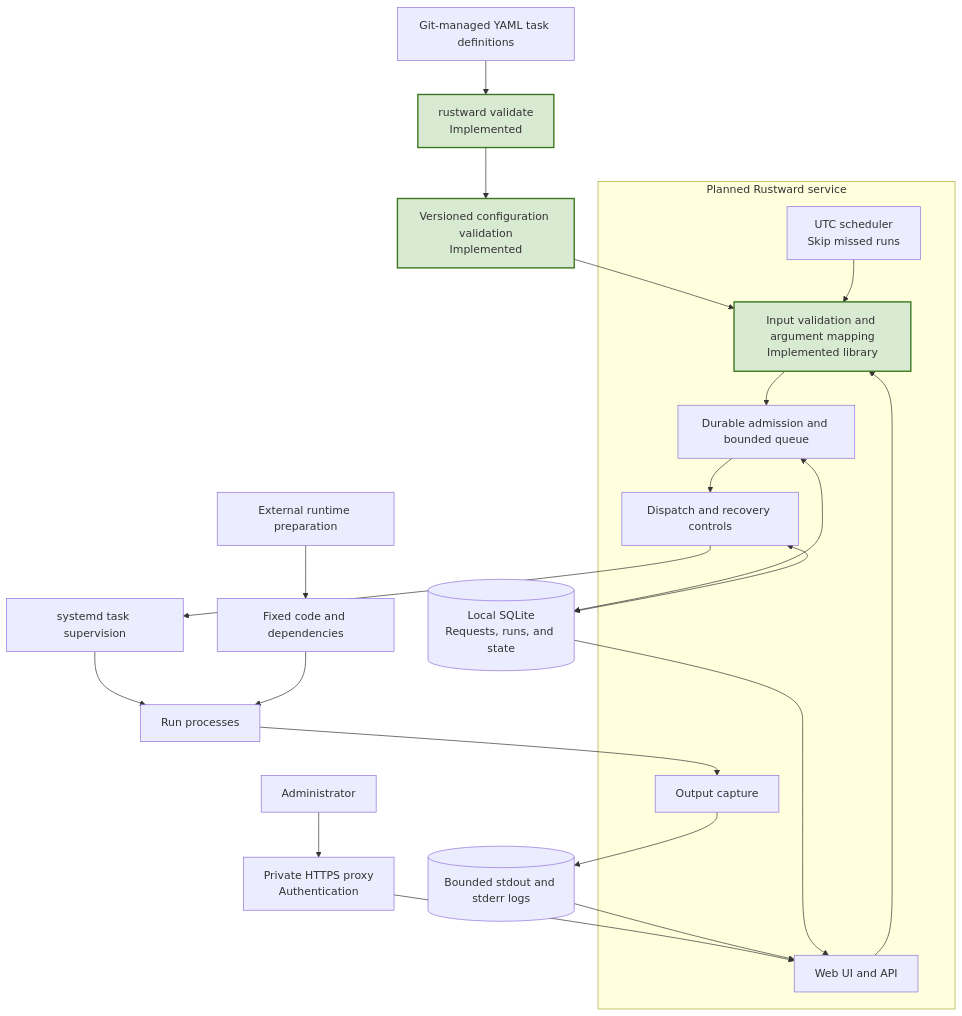
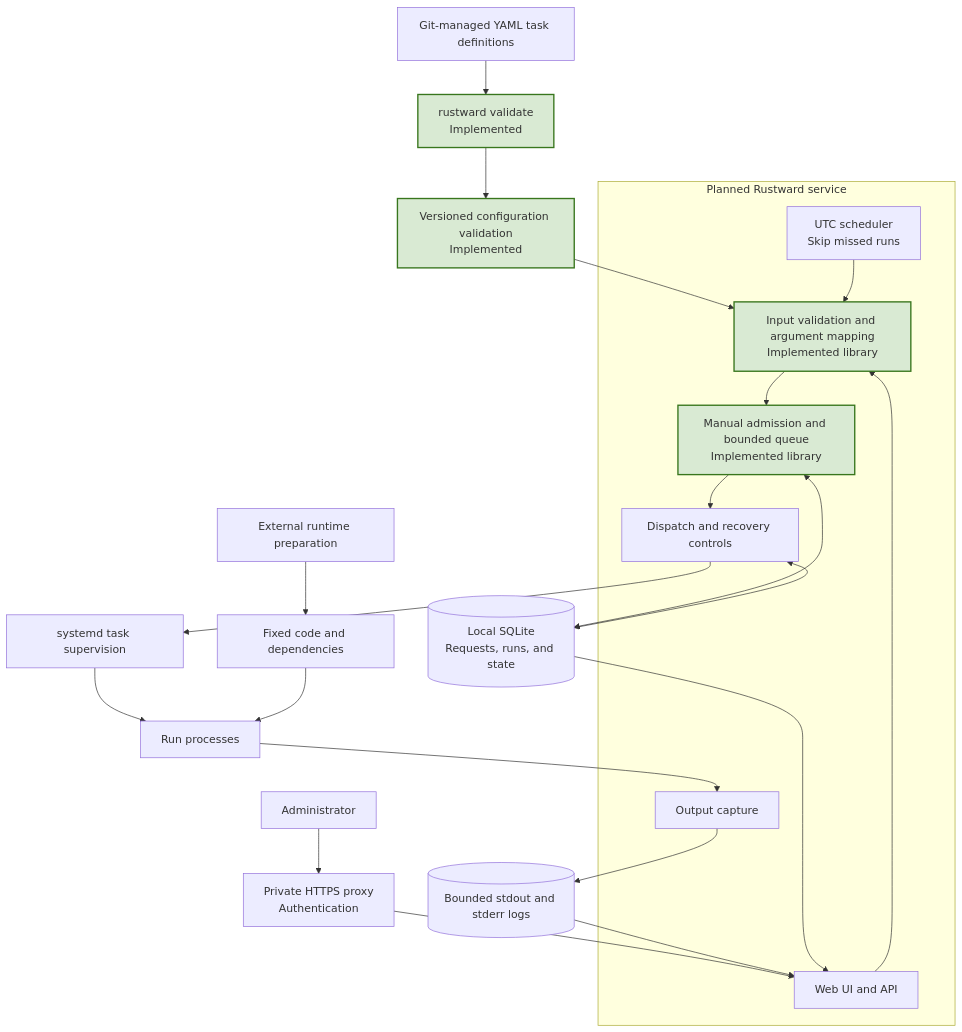
Before and after one commit to chrizpower/rustward: the diagram in docs/ARCHITECTURE.md, drawn with Mermaid. The commit also changed other lines of this file and 13 other files, not shown here.

Commit message:
feat: add durable manual request admission

````diff
--- a/docs/ARCHITECTURE.md
+++ b/docs/ARCHITECTURE.md
@@ -14,45 +14,45 @@
 ```mermaid
 flowchart TB
     Git["Git-managed YAML task definitions"]
     CLI["rustward validate<br/>Implemented"]
     Config["Versioned configuration validation<br/>Implemented"]
 
     Admin["Administrator"]
     Proxy["Private HTTPS proxy<br/>Authentication"]
 
     subgraph Service["Planned Rustward service"]
         UI["Web UI and API"]
         Cron["UTC scheduler<br/>Skip missed runs"]
         Inputs["Input validation and argument mapping<br/>Implemented library"]
-        Queue["Durable admission and bounded queue"]
+        Queue["Manual admission and bounded queue<br/>Implemented library"]
         Dispatch["Dispatch and recovery controls"]
         Capture["Output capture"]
     end
 
     DB[("Local SQLite<br/>Requests, runs, and state")]
     Prepare["External runtime preparation"]
     Runtime["Fixed code and dependencies"]
     Systemd["systemd task supervision"]
     Task["Run processes"]
     Logs[("Bounded stdout and stderr logs")]
 
     Git --> CLI --> Config
     Config --> Inputs
 
     Admin --> Proxy --> UI
     UI --> Inputs
     Cron --> Inputs
     Inputs --> Queue --> Dispatch
     Queue <--> DB
     Dispatch <--> DB
 
     Prepare --> Runtime
     Dispatch --> Systemd --> Task
     Runtime --> Task
     Task --> Capture --> Logs
     Logs --> UI
     DB --> UI
 
     classDef implemented fill:#d9ead3,stroke:#38761d,stroke-width:2px
-    class CLI,Config,Inputs implemented
+    class CLI,Config,Inputs,Queue implemented
 ```
````
